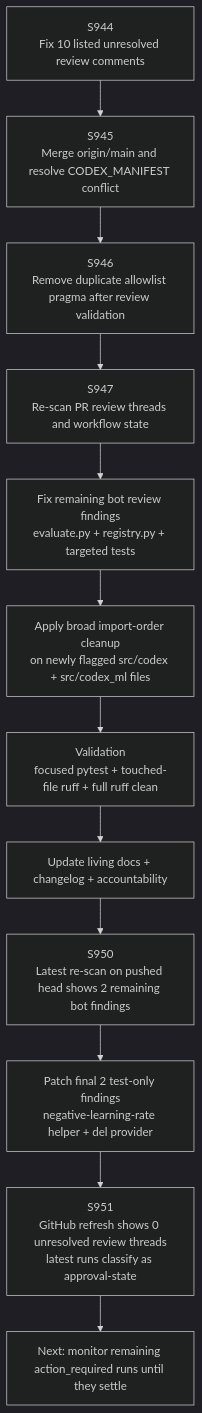
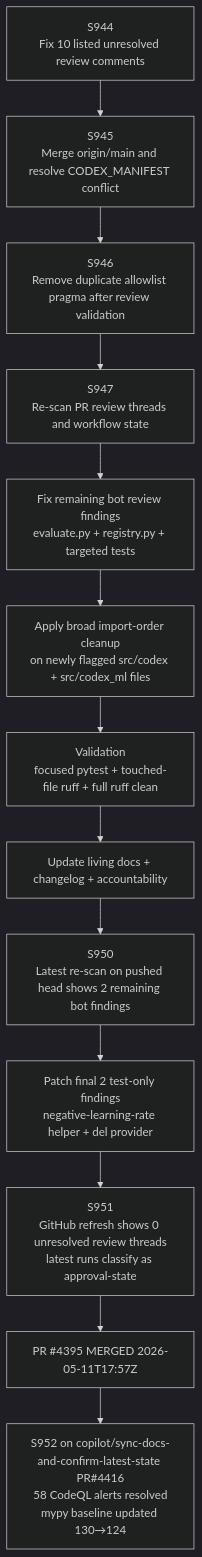
Before and after one commit to Aries-Serpent/_codex_: the first of 2 diagrams in docs/sessions/PR4395_session_diagram.md, drawn with Mermaid (dark theme). The commit also changed other lines of this file and 8 other files, not shown here.

First line of the commit message:
fix(codeql): pin 33 unpinned action tags to SHA, update mypy baseline 130→124, sync living docs

````diff
--- a/docs/sessions/PR4395_session_diagram.md
+++ b/docs/sessions/PR4395_session_diagram.md
@@ -3,15 +5,16 @@
 ```mermaid
 graph TD
   A[S944<br/>Fix 10 listed unresolved review comments] --> B
   B[S945<br/>Merge origin/main and resolve CODEX_MANIFEST conflict] --> C
   C[S946<br/>Remove duplicate allowlist pragma after review validation] --> D
   D[S947<br/>Re-scan PR review threads and workflow state] --> E
   E[Fix remaining bot review findings<br/>evaluate.py + registry.py + targeted tests] --> F
   F[Apply broad import-order cleanup<br/>on newly flagged src/codex + src/codex_ml files] --> G
   G[Validation<br/>focused pytest + touched-file ruff + full ruff clean] --> H
   H[Update living docs + changelog + accountability] --> I
   I[S950<br/>Latest re-scan on pushed head shows 2 remaining bot findings] --> J
   J[Patch final 2 test-only findings<br/>negative-learning-rate helper + del provider] --> K
   K[S951<br/>GitHub refresh shows 0 unresolved review threads<br/>latest runs classify as approval-state] --> L
-  L[Next: monitor remaining action_required runs until they settle]
+  L[PR #4395 MERGED 2026-05-11T17:57Z] --> M
+  M[S952 on copilot/sync-docs-and-confirm-latest-state PR#4416<br/>58 CodeQL alerts resolved<br/>mypy baseline updated 130→124]
 ```
````
